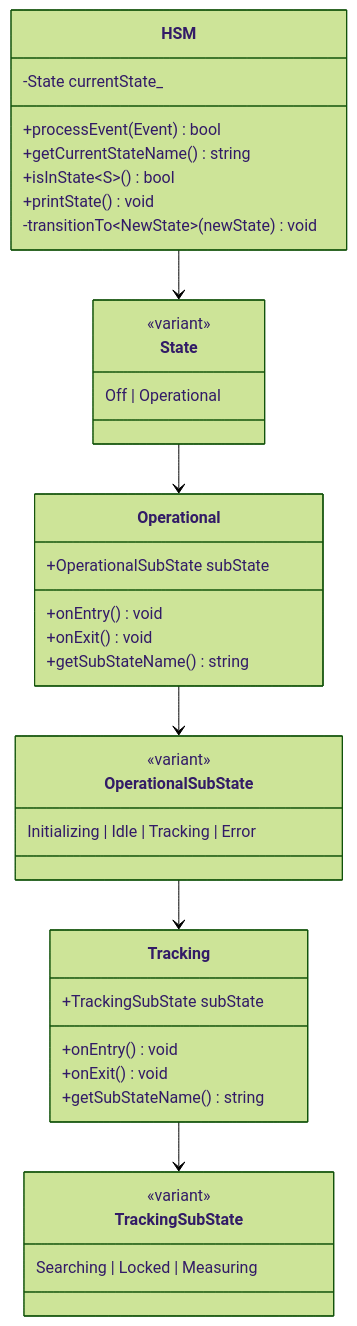
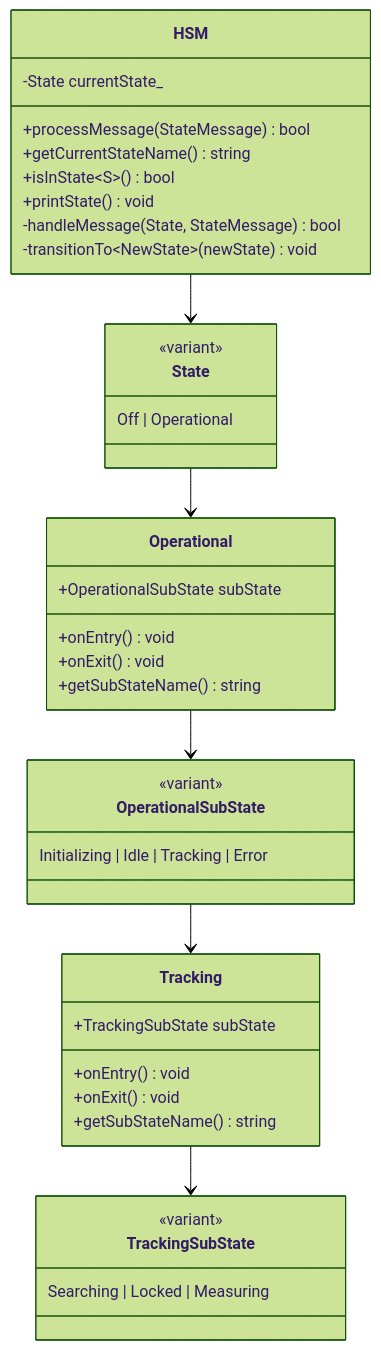
One commit to lucwens/StateMachine changed the third of 3 diagrams in README.md. Above: the diagram before and after it, drawn with Mermaid (forest theme). The commit also changed other lines of this file and 6 other files, not shown here.

````diff
--- a/README.md
+++ b/README.md
@@ -92,46 +135,47 @@
 ```mermaid
 classDiagram
     class HSM {
         -State currentState_
-        +processEvent(Event) bool
+        +processMessage(StateMessage) bool
         +getCurrentStateName() string
         +isInState~S~() bool
         +printState() void
+        -handleMessage(State, StateMessage) bool
         -transitionTo~NewState~(newState) void
     }
 
     class State {
         <<variant>>
         Off | Operational
     }
 
     class Operational {
         +OperationalSubState subState
         +onEntry() void
         +onExit() void
         +getSubStateName() string
     }
 
     class OperationalSubState {
         <<variant>>
         Initializing | Idle | Tracking | Error
     }
 
     class Tracking {
         +TrackingSubState subState
         +onEntry() void
         +onExit() void
         +getSubStateName() string
     }
 
     class TrackingSubState {
         <<variant>>
         Searching | Locked | Measuring
     }
 
     HSM --> State
     State --> Operational
     Operational --> OperationalSubState
     OperationalSubState --> Tracking
     Tracking --> TrackingSubState
 ```
````
